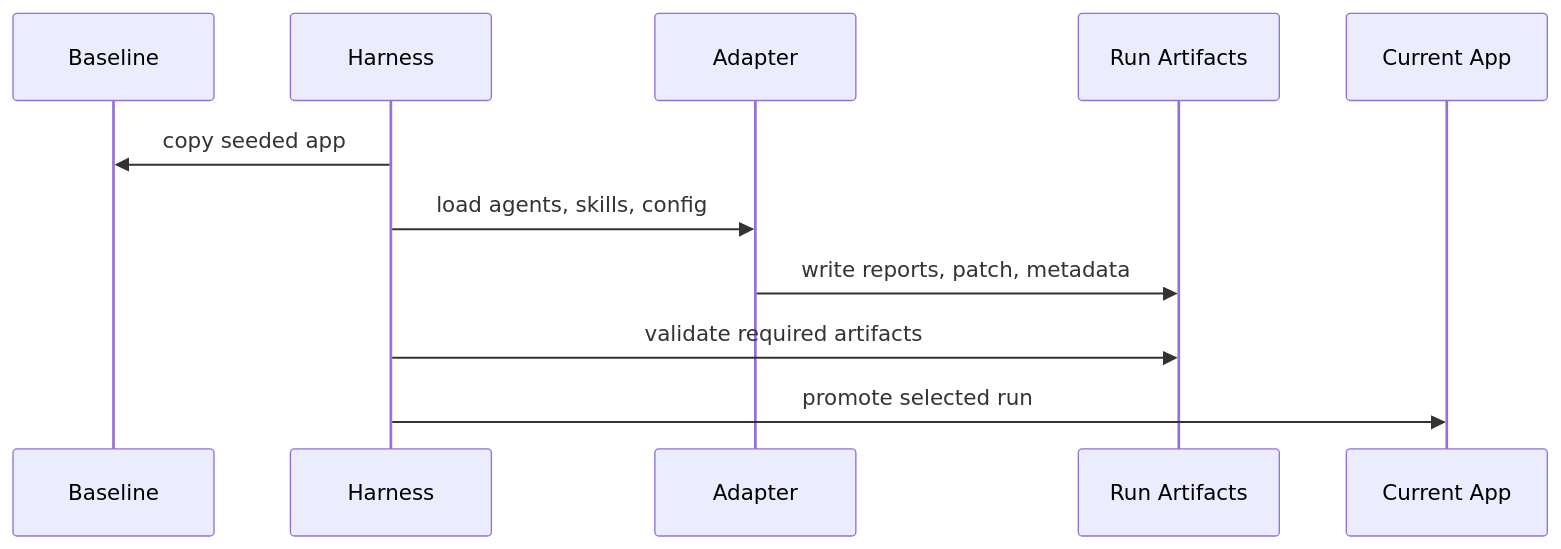
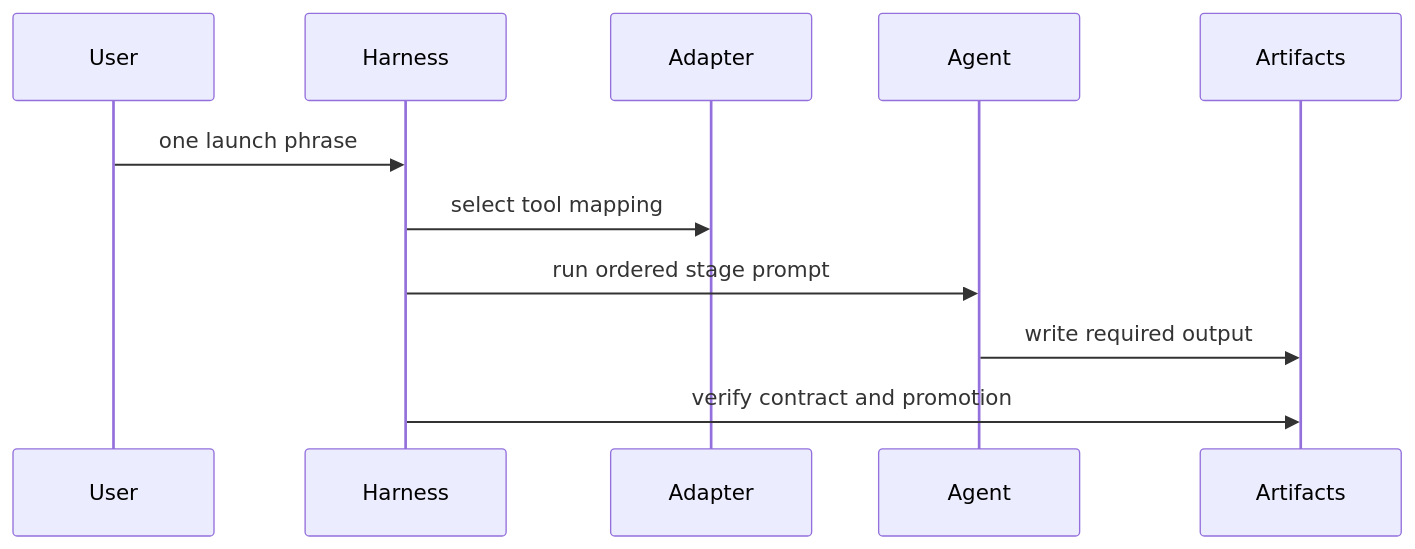
One commit to itxyzzz/gen-ai-se-hw changed the second of 2 diagrams in homework-4/ARCHITECTURE.md. Above: the diagram before and after it, drawn with Mermaid. The commit also changed other lines of this file and 129 other files, not shown here.

````diff
--- a/homework-4/ARCHITECTURE.md
+++ b/homework-4/ARCHITECTURE.md
@@ -32,13 +22,13 @@
 ```mermaid
 sequenceDiagram
-  participant B as Baseline
-  participant H as Harness
-  participant A as Adapter
-  participant R as Run Artifacts
-  participant C as Current App
-  H->>B: copy seeded app
-  H->>A: load agents, skills, config
-  A->>R: write reports, patch, metadata
-  H->>R: validate required artifacts
-  H->>C: promote selected run
+  participant User
+  participant Harness
+  participant Adapter
+  participant Agent
+  participant Artifacts
+  User->>Harness: one launch phrase
+  Harness->>Adapter: select tool mapping
+  Harness->>Agent: run ordered stage prompt
+  Agent->>Artifacts: write required output
+  Harness->>Artifacts: verify contract and promotion
 ```
````
